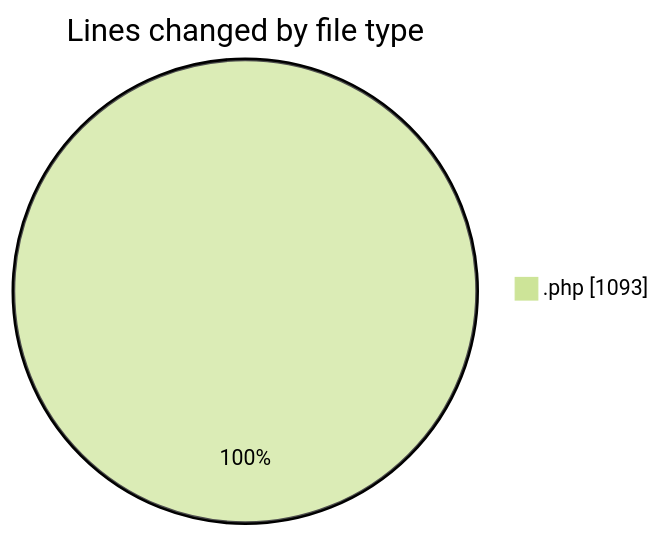
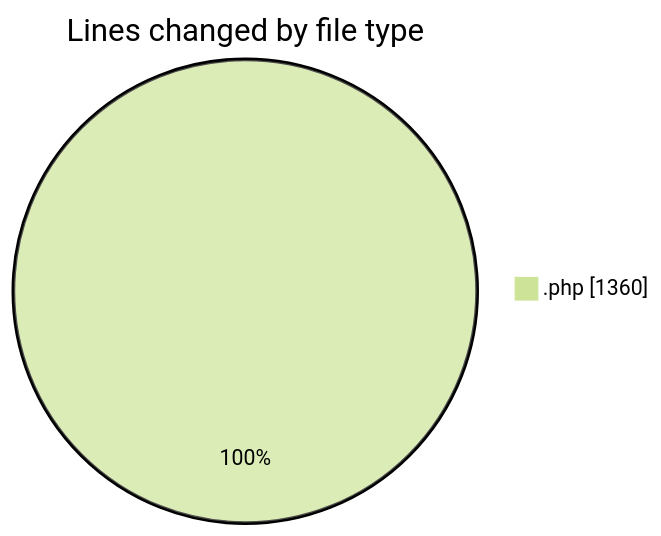
One commit to debugP/code-tracking changed the first of 2 diagrams in 2025-10-02/untitled__workspace_/README.md. Above: the diagram before and after it, drawn with Mermaid (forest theme). The commit also changed other lines of this file and 1 other file, not shown here.

````diff
--- a/2025-10-02/untitled__workspace_/README.md
+++ b/2025-10-02/untitled__workspace_/README.md
@@ -20,5 +20,5 @@
 ```mermaid
 pie showData
 title Lines changed by file type
-".php" : 1093
+".php" : 1360
 ```
````
